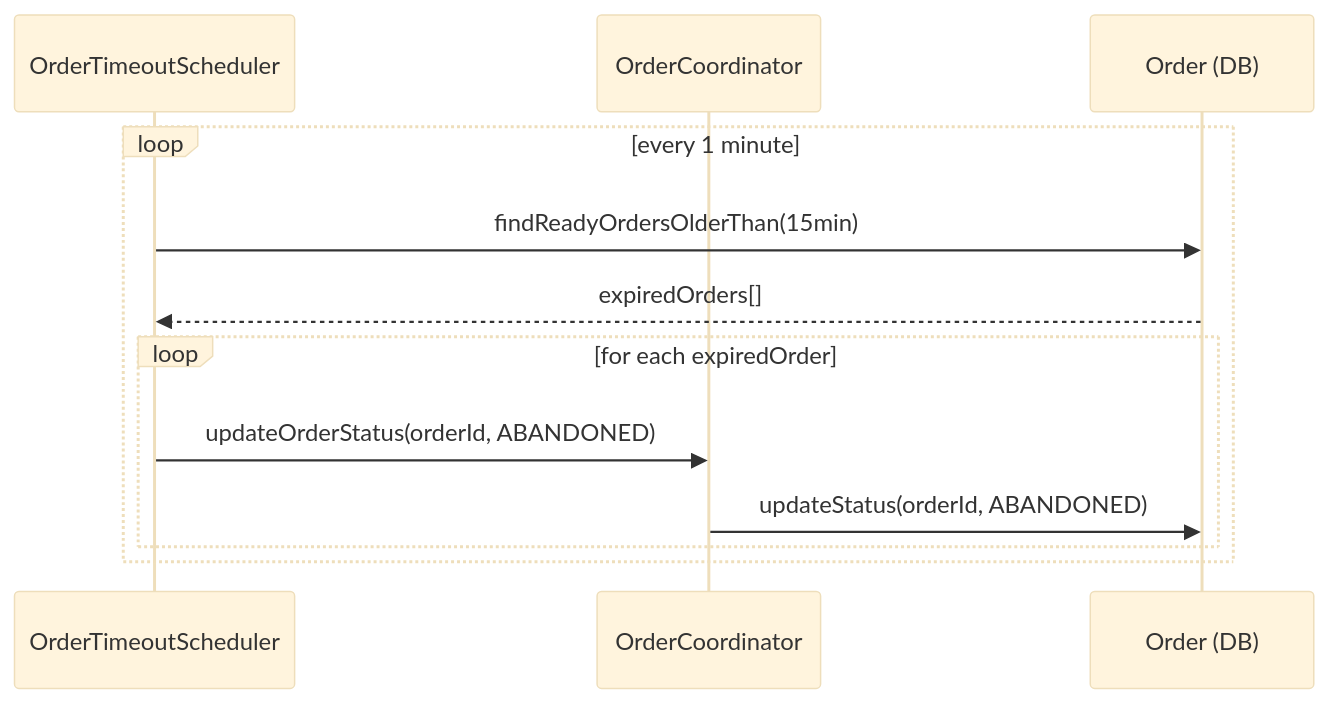
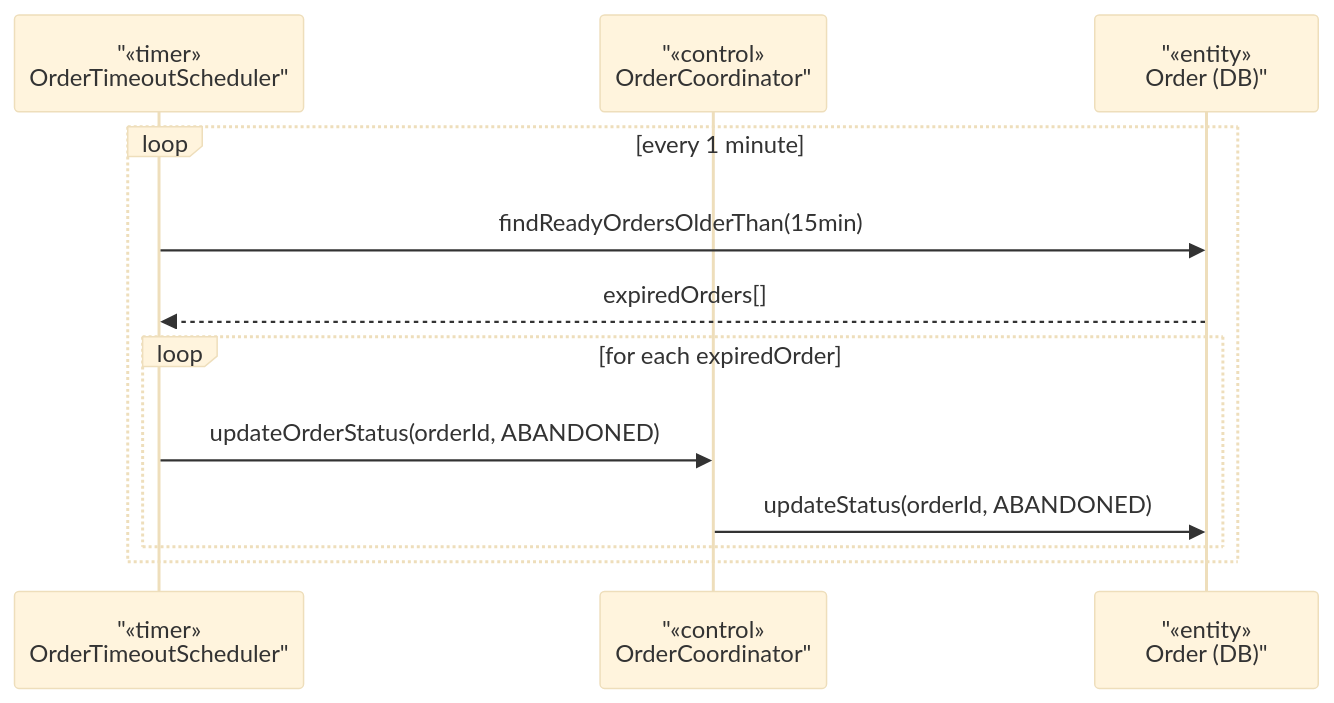
One commit to Shaichi/Khoga_coffe_shop changed the fourth of 5 diagrams in rds_sections/11_detailed_3_8_order_management.md. Above: the diagram before and after it, drawn with Mermaid (base theme). The commit also changed other lines of this file and 13 other files, not shown here.

````diff
--- a/rds_sections/11_detailed_3_8_order_management.md
+++ b/rds_sections/11_detailed_3_8_order_management.md
@@ -203,16 +203,16 @@
 ```mermaid
 sequenceDiagram
-    participant TimeoutScheduler as OrderTimeoutScheduler
-    participant OrderCoord as OrderCoordinator
-    participant OrderDB as Order (DB)
+participant TimeoutScheduler as "«timer»<br/>OrderTimeoutScheduler"
+participant OrderCoord as "«control»<br/>OrderCoordinator"
+participant OrderDB as "«entity»<br/>Order (DB)"
 
     loop every 1 minute
         TimeoutScheduler->>OrderDB: findReadyOrdersOlderThan(15min)
         OrderDB-->>TimeoutScheduler: expiredOrders[]
 
         loop for each expiredOrder
             TimeoutScheduler->>OrderCoord: updateOrderStatus(orderId, ABANDONED)
             OrderCoord->>OrderDB: updateStatus(orderId, ABANDONED)
         end
     end
 ```
````
